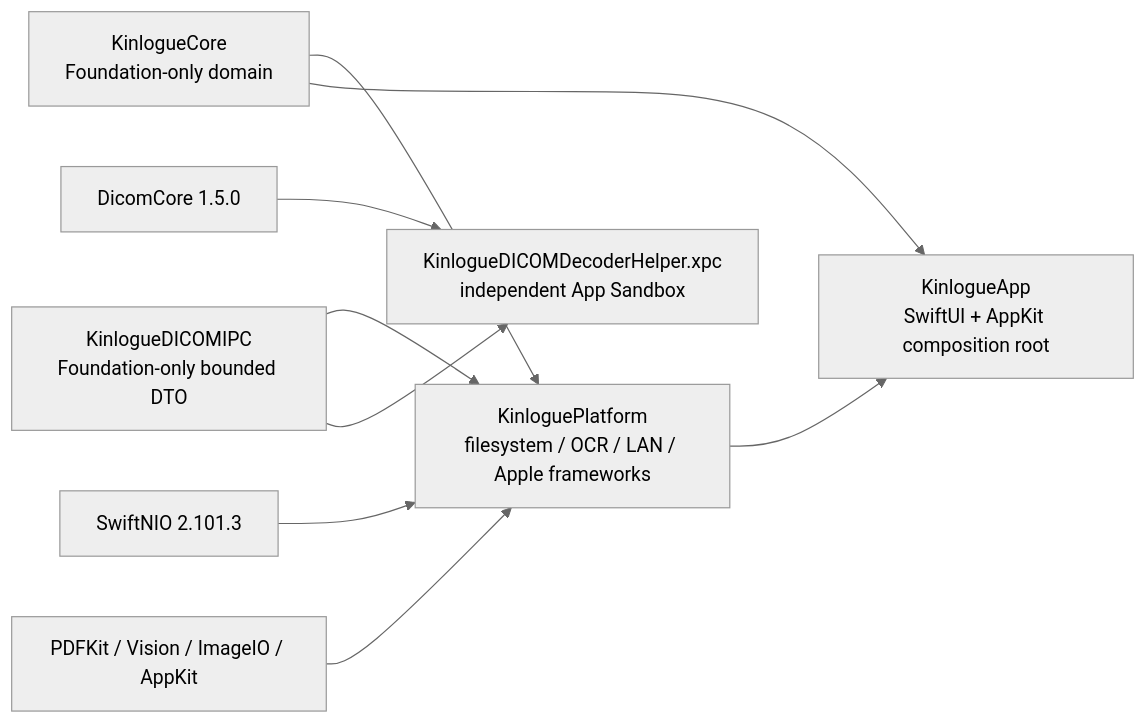
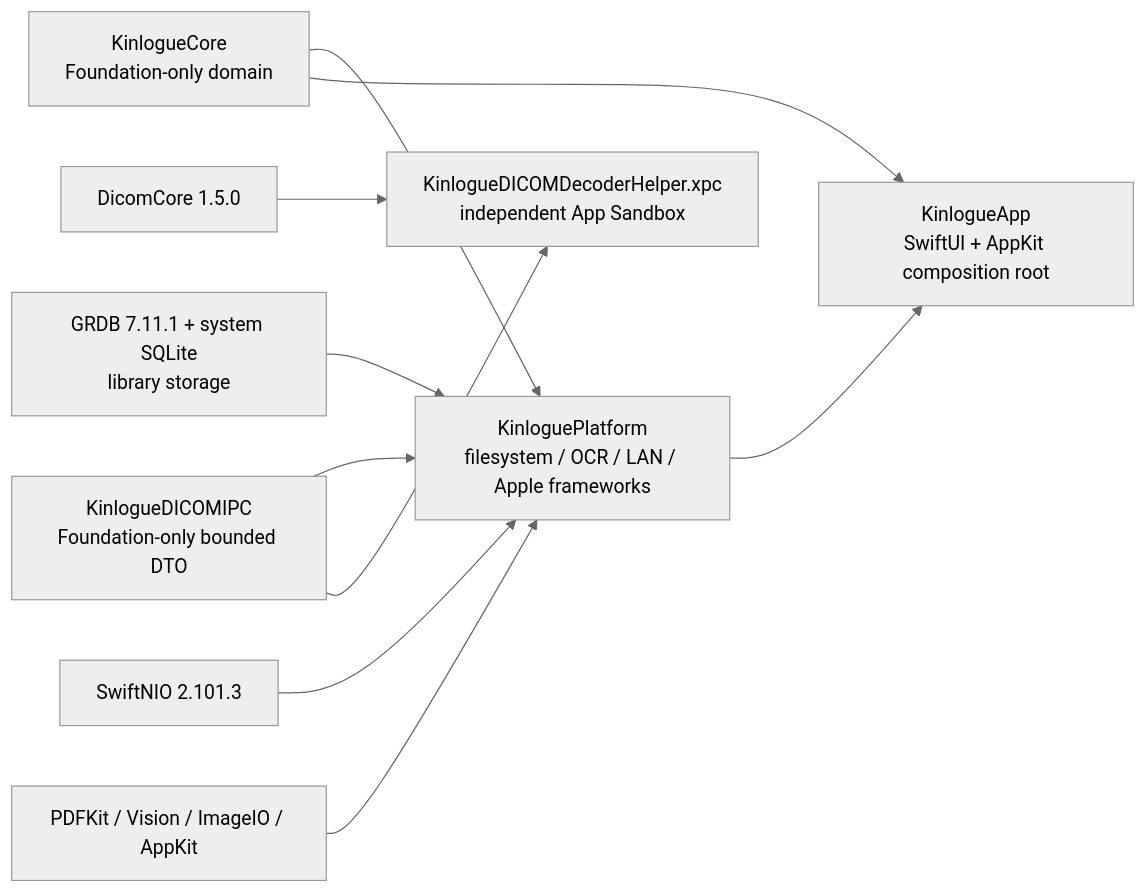
Before and after one commit to renyijiu/kinlogue: the first of 4 diagrams in docs/architecture.md, drawn with Mermaid (neutral theme). The commit also changed other lines of this file and 317 other files, not shown here.

First line of the commit message:
refactor(storage): move the library to SQLite and remove the JSON store (#21)

````diff
--- a/docs/architecture.md
+++ b/docs/architecture.md
@@ -7,19 +7,21 @@
 ```mermaid
 flowchart LR
   Core["KinlogueCore\nFoundation-only domain"]
   Platform["KinloguePlatform\nfilesystem / OCR / LAN / Apple frameworks"]
   App["KinlogueApp\nSwiftUI + AppKit composition root"]
   NIO["SwiftNIO 2.101.3"]
+  SQLite["GRDB 7.11.1 + system SQLite\nlibrary storage"]
   Apple["PDFKit / Vision / ImageIO / AppKit"]
   IPC["KinlogueDICOMIPC\nFoundation-only bounded DTO"]
   Helper["KinlogueDICOMDecoderHelper.xpc\nindependent App Sandbox"]
   Dicom["DicomCore 1.5.0"]
   Core --> Platform
   Core --> App
   Platform --> App
+  SQLite --> Platform
   NIO --> Platform
   Apple --> Platform
   IPC --> Platform
   IPC --> Helper
   Dicom --> Helper
 ```
````
